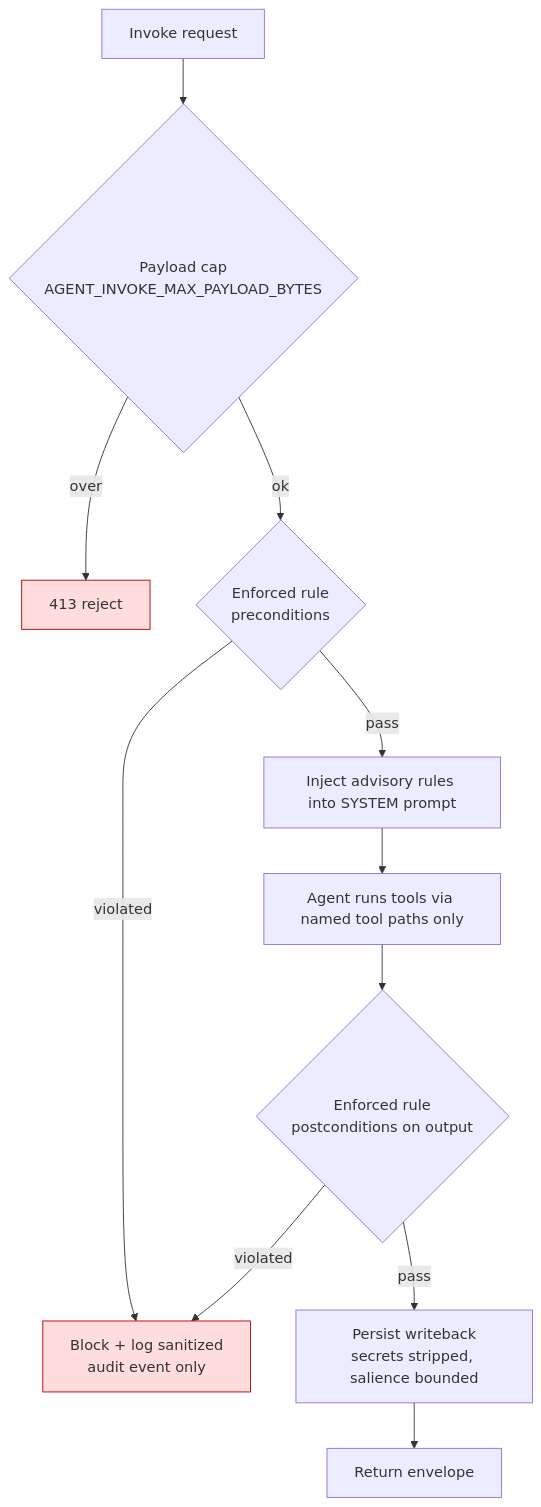
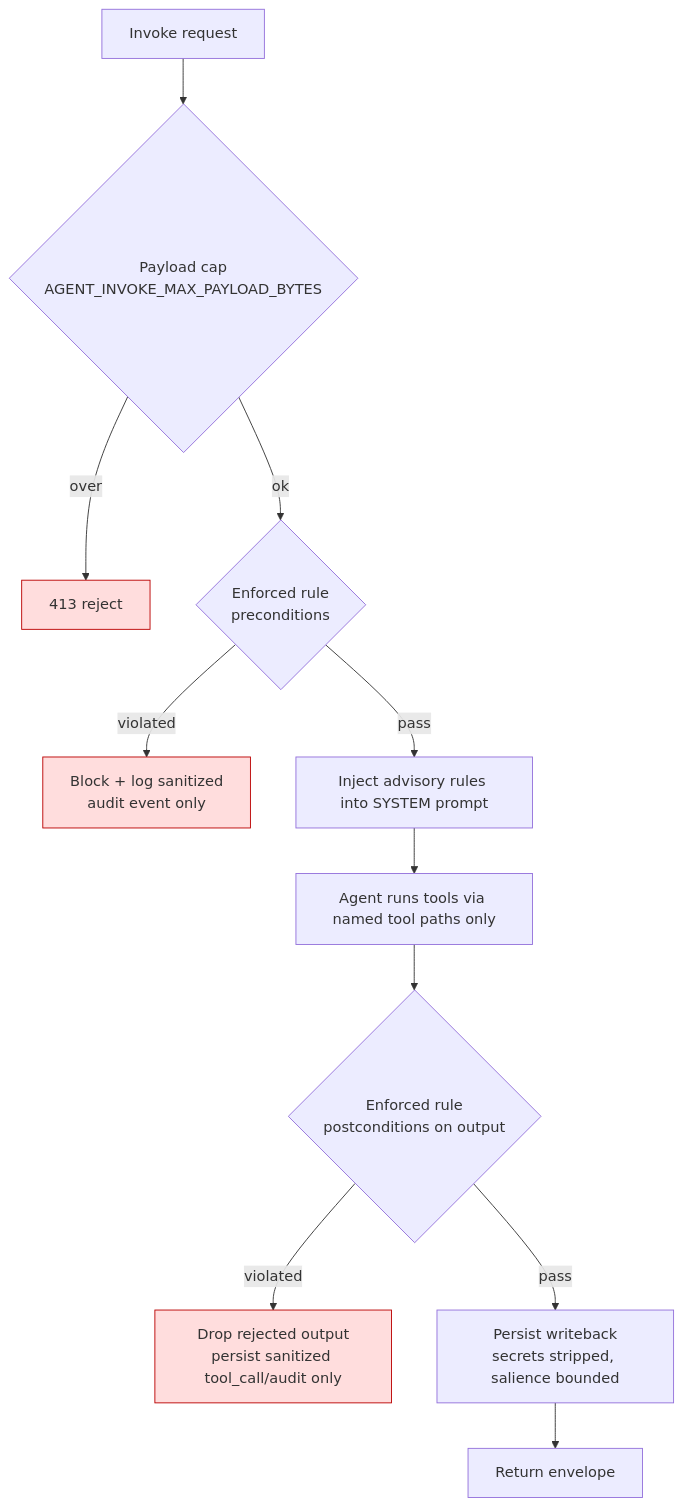
Before and after one commit to brandonkindred/Khala-Agentic-AI-Teams: the sixth of 6 diagrams in backend/agents/agent_cognition/DESIGN.md, drawn with Mermaid. The commit also changed other lines of this file and 1 other file, not shown here.

First line of the commit message:
Address review round 3: stable run id, calendar rollups, schema constraint, blocked-run tool audit, read authz, stale-evidence re-eval, rejected status

````diff
--- a/backend/agents/agent_cognition/DESIGN.md
+++ b/backend/agents/agent_cognition/DESIGN.md
@@ -374,16 +400,16 @@
 ```mermaid
 flowchart TB
   IN[Invoke request] --> V1{Payload cap<br/>AGENT_INVOKE_MAX_PAYLOAD_BYTES}
   V1 -- over --> R413[413 reject]
   V1 -- ok --> PRE{Enforced rule<br/>preconditions}
   PRE -- violated --> BLK[Block + log sanitized<br/>audit event only]
   PRE -- pass --> ADV[Inject advisory rules into SYSTEM prompt]
   ADV --> RUN[Agent runs tools via named tool paths only]
   RUN --> OUT{Enforced rule<br/>postconditions on output}
-  OUT -- violated --> BLK
+  OUT -- violated --> BLKO[Drop rejected output<br/>persist sanitized tool_call/audit only]
   OUT -- pass --> WB[Persist writeback<br/>secrets stripped, salience bounded]
   WB --> DONE[Return envelope]
 
   classDef bad fill:#fdd,stroke:#b00
-  class R413,BLK bad
+  class R413,BLK,BLKO bad
 ```
````
